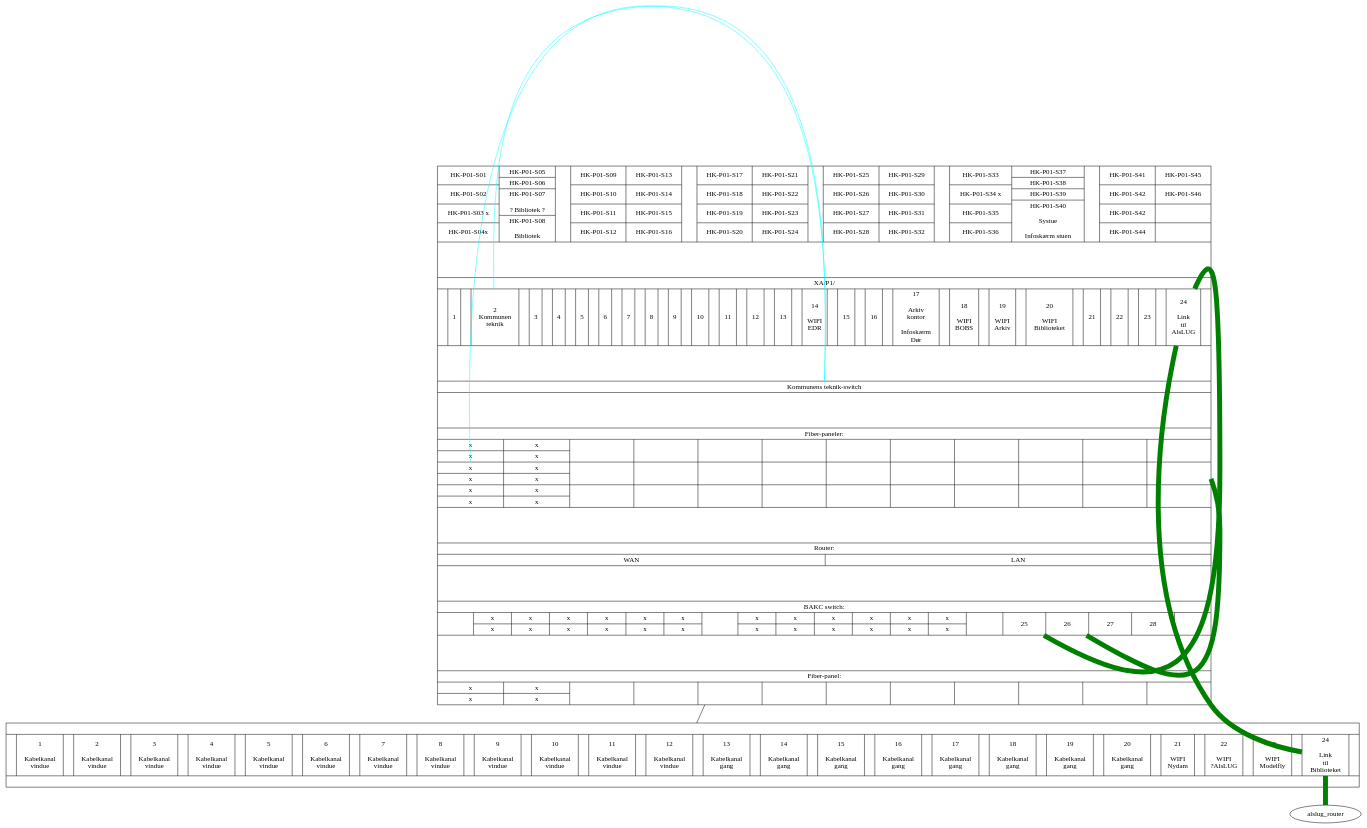
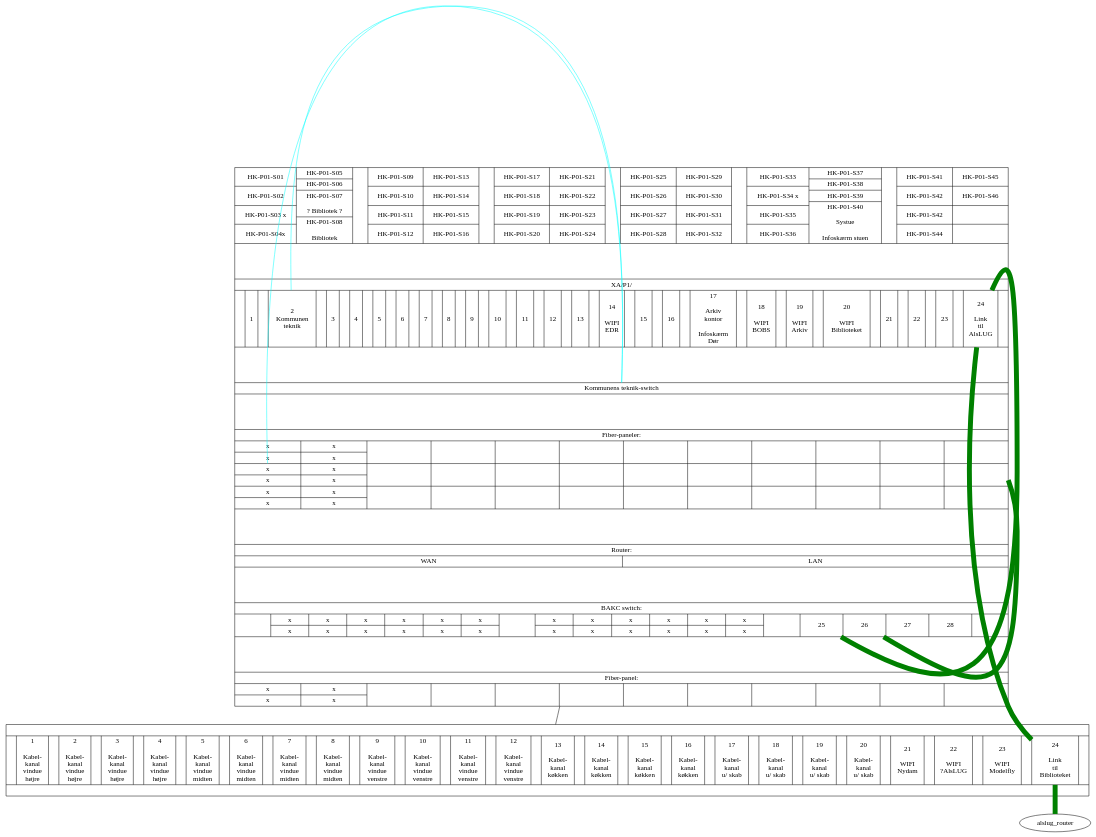
One commit to alslug/alslug.dk changed the diagram in projekter/patch-paneler.dot. Above: the diagram before and after it, drawn with Graphviz.

```diff
--- a/projekter/patch-paneler.dot
+++ b/projekter/patch-paneler.dot
@@ -145,45 +145,45 @@
 				}" ];
   alslug_patch [ shape=record label="{
 					|{|
-						<1> 1 \n\nKabelkanal\nvindue
+						<1> 1 \n\nKabel-\nkanal\nvindue\nhøjre
 					||
-						<2> 2 \n\nKabelkanal\nvindue
+						<2> 2 \n\nKabel-\nkanal\nvindue\nhøjre
 					||
-						<3> 3 \n\nKabelkanal\nvindue
+						<3> 3 \n\nKabel-\nkanal\nvindue\nhøjre
 					||
-						<4> 4 \n\nKabelkanal\nvindue
+						<4> 4 \n\nKabel-\nkanal\nvindue\nhøjre
 					||
-						<5> 5 \n\nKabelkanal\nvindue
+						<5> 5 \n\nKabel-\nkanal\nvindue\nmidten
 					||
-						<6> 6 \n\nKabelkanal\nvindue
+						<6> 6 \n\nKabel-\nkanal\nvindue\nmidten
 					||
-						<7> 7 \n\nKabelkanal\nvindue
+						<7> 7 \n\nKabel-\nkanal\nvindue\nmidten
 					||
-						<8> 8 \n\nKabelkanal\nvindue
+						<8> 8 \n\nKabel-\nkanal\nvindue\nmidten
 					||
-						<9> 9 \n\nKabelkanal\nvindue
+						<9> 9 \n\nKabel-\nkanal\nvindue\nvenstre
 					||
-						<10> 10 \n\nKabelkanal\nvindue
+						<10> 10 \n\nKabel-\nkanal\nvindue\nvenstre
 					||
-						<11> 11 \n\nKabelkanal\nvindue
+						<11> 11 \n\nKabel-\nkanal\nvindue\nvenstre
 					||
-						<12> 12 \n\nKabelkanal\nvindue
+						<12> 12 \n\nKabel-\nkanal\nvindue\nvenstre
 					||
-						<13> 13 \n\nKabelkanal\ngang
+						<13> 13 \n\nKabel-\nkanal\nkøkken
 					||
-						<14> 14 \n\nKabelkanal\ngang
+						<14> 14 \n\nKabel-\nkanal\nkøkken
 					||
-						<15> 15 \n\nKabelkanal\ngang
+						<15> 15 \n\nKabel-\nkanal\nkøkken
 					||
-						<16> 16 \n\nKabelkanal\ngang
+						<16> 16 \n\nKabel-\nkanal\nkøkken
 					||
-						<17> 17 \n\nKabelkanal\ngang
+						<17> 17 \n\nKabel-\nkanal\nu/ skab
 					||
-						<18> 18 \n\nKabelkanal\ngang
+						<18> 18 \n\nKabel-\nkanal\nu/ skab
 					||
-						<19> 19 \n\nKabelkanal\ngang
+						<19> 19 \n\nKabel-\nkanal\nu/ skab
 					||
-						<20> 20 \n\nKabelkanal\ngang
+						<20> 20 \n\nKabel-\nkanal\nu/ skab
 					||
 						<21> 21 \n\nWIFI\nNydam
 					||
```
